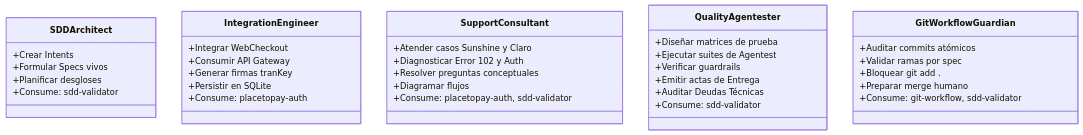
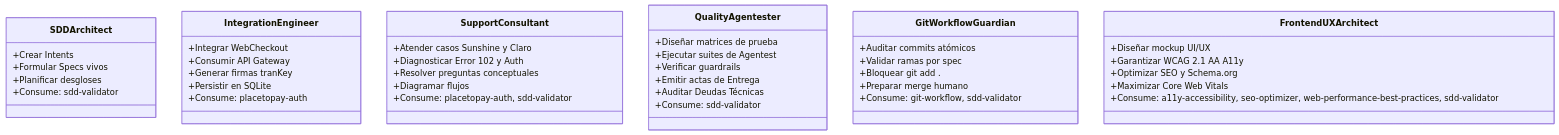
Before and after one commit to Cristorres9917/Prueba-T-cnica: the second of 2 diagrams in AGENTS.md, drawn with Mermaid. The commit also changed other lines of this file and 4 other files, not shown here.

Commit message:
chore(agents): registrar agente Frontend-UX-Architect y skills A11y, SEO y Performance

````diff
--- a/AGENTS.md
+++ b/AGENTS.md
@@ -48,38 +48,45 @@
 ```mermaid
 classDiagram
     class SDDArchitect {
         +Crear Intents
         +Formular Specs vivos
         +Planificar desgloses
         +Consume: sdd-validator
     }
     class IntegrationEngineer {
         +Integrar WebCheckout
         +Consumir API Gateway
         +Generar firmas tranKey
         +Persistir en SQLite
         +Consume: placetopay-auth
     }
     class SupportConsultant {
         +Atender casos Sunshine y Claro
         +Diagnosticar Error 102 y Auth
         +Resolver preguntas conceptuales
         +Diagramar flujos
         +Consume: placetopay-auth, sdd-validator
     }
     class QualityAgentester {
         +Diseñar matrices de prueba
         +Ejecutar suites de Agentest
         +Verificar guardrails
         +Emitir actas de Entrega
         +Auditar Deudas Técnicas
         +Consume: sdd-validator
     }
     class GitWorkflowGuardian {
         +Auditar commits atómicos
         +Validar ramas por spec
         +Bloquear git add .
         +Preparar merge humano
         +Consume: git-workflow, sdd-validator
     }
+    class FrontendUXArchitect {
+        +Diseñar mockup UI/UX
+        +Garantizar WCAG 2.1 AA A11y
+        +Optimizar SEO y Schema.org
+        +Maximizar Core Web Vitals
+        +Consume: a11y-accessibility, seo-optimizer, web-performance-best-practices, sdd-validator
+    }
 ```
````
